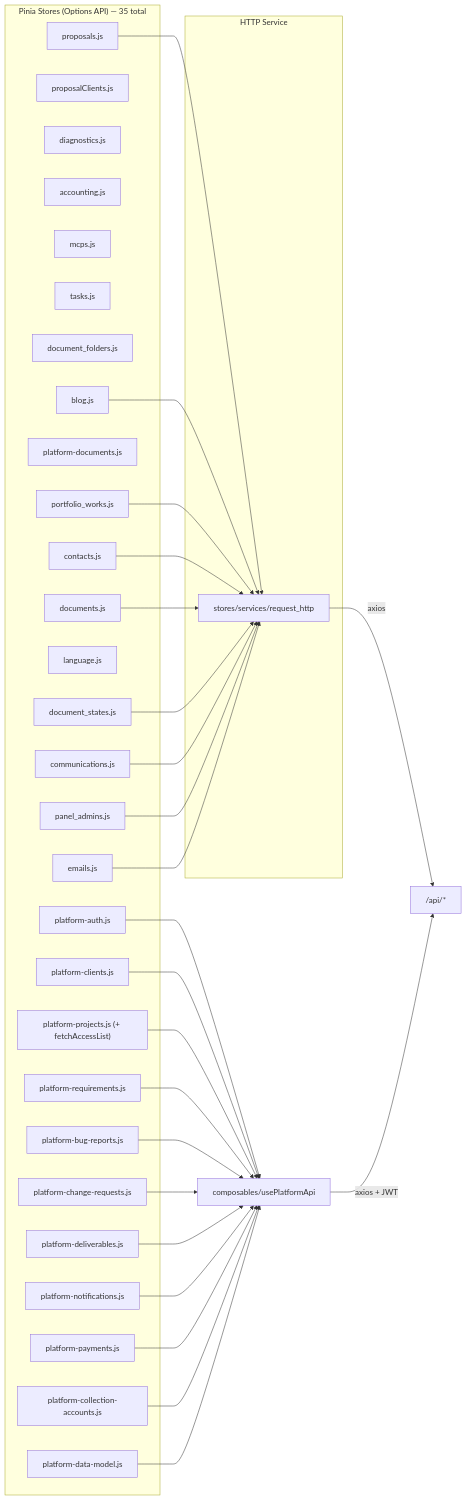
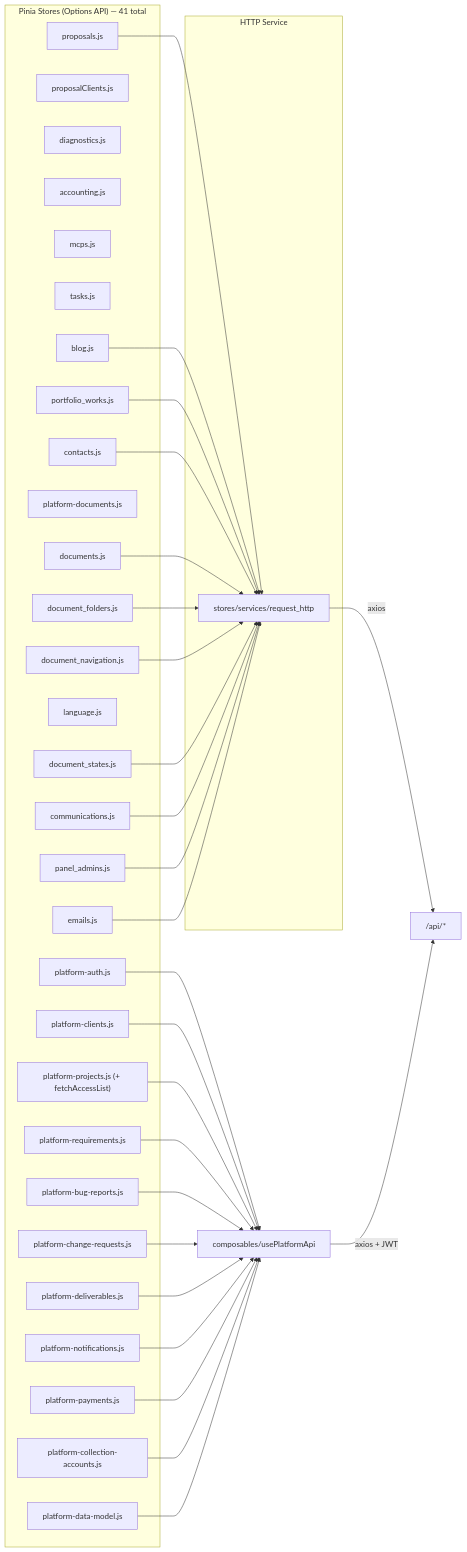
One commit to gustavop-dev/projectapp changed diagram 11 of 22 in docs/methodology/architecture.md. Above: the diagram before and after it, drawn with Mermaid. The commit also changed other lines of this file and 35 other files, not shown here.

First line of the commit message:
feat: add client navigation to document manager (#316)

````diff
--- a/docs/methodology/architecture.md
+++ b/docs/methodology/architecture.md
@@ -718,61 +722,64 @@
 ```mermaid
 flowchart LR
-    subgraph Stores["Pinia Stores (Options API) — 35 total"]
+    subgraph Stores["Pinia Stores (Options API) — 41 total"]
         ProposalStore["proposals.js"]
         ProposalClientsStore["proposalClients.js"]
         DiagnosticsStore["diagnostics.js"]
         AccountingStore["accounting.js"]
         McpsStore["mcps.js"]
         TasksStore["tasks.js"]
         DocumentFoldersStore["document_folders.js"]
+        DocumentNavigationStore["document_navigation.js"]
         DocumentStatesStore["document_states.js"]
         PlatformDocumentsStore["platform-documents.js"]
         BlogStore["blog.js"]
         PortfolioStore["portfolio_works.js"]
         ContactStore["contacts.js"]
         LanguageStore["language.js"]
         DocumentStore["documents.js"]
         CommunicationsStore["communications.js"]
         PanelAdmins["panel_admins.js"]
         PlatformAuth["platform-auth.js"]
         PlatformClients["platform-clients.js"]
         PlatformProjects["platform-projects.js (+ fetchAccessList)"]
         PlatformRequirements["platform-requirements.js"]
         PlatformBugReports["platform-bug-reports.js"]
         PlatformChangeRequests["platform-change-requests.js"]
         PlatformDeliverables["platform-deliverables.js"]
         PlatformNotifications["platform-notifications.js"]
         PlatformPayments["platform-payments.js"]
         PlatformCollectionAccounts["platform-collection-accounts.js"]
         PlatformDataModel["platform-data-model.js"]
         EmailsStore["emails.js"]
     end
 
     subgraph HTTP["HTTP Service"]
         RequestHTTP["stores/services/request_http"]
     end
 
     ProposalStore --> RequestHTTP
     BlogStore --> RequestHTTP
     PortfolioStore --> RequestHTTP
     ContactStore --> RequestHTTP
     DocumentStore --> RequestHTTP
+    DocumentFoldersStore --> RequestHTTP
+    DocumentNavigationStore --> RequestHTTP
     DocumentStatesStore --> RequestHTTP
     CommunicationsStore --> RequestHTTP
     PanelAdmins --> RequestHTTP
     PlatformAuth --> PlatformHTTP["composables/usePlatformApi"]
     PlatformClients --> PlatformHTTP
     PlatformProjects --> PlatformHTTP
     PlatformRequirements --> PlatformHTTP
     PlatformBugReports --> PlatformHTTP
     PlatformChangeRequests --> PlatformHTTP
     PlatformDeliverables --> PlatformHTTP
     PlatformNotifications --> PlatformHTTP
     PlatformPayments --> PlatformHTTP
     PlatformCollectionAccounts --> PlatformHTTP
     PlatformDataModel --> PlatformHTTP
     EmailsStore --> RequestHTTP
 
     RequestHTTP -->|axios| API["/api/*"]
     PlatformHTTP -->|axios + JWT| API
 ```
````
